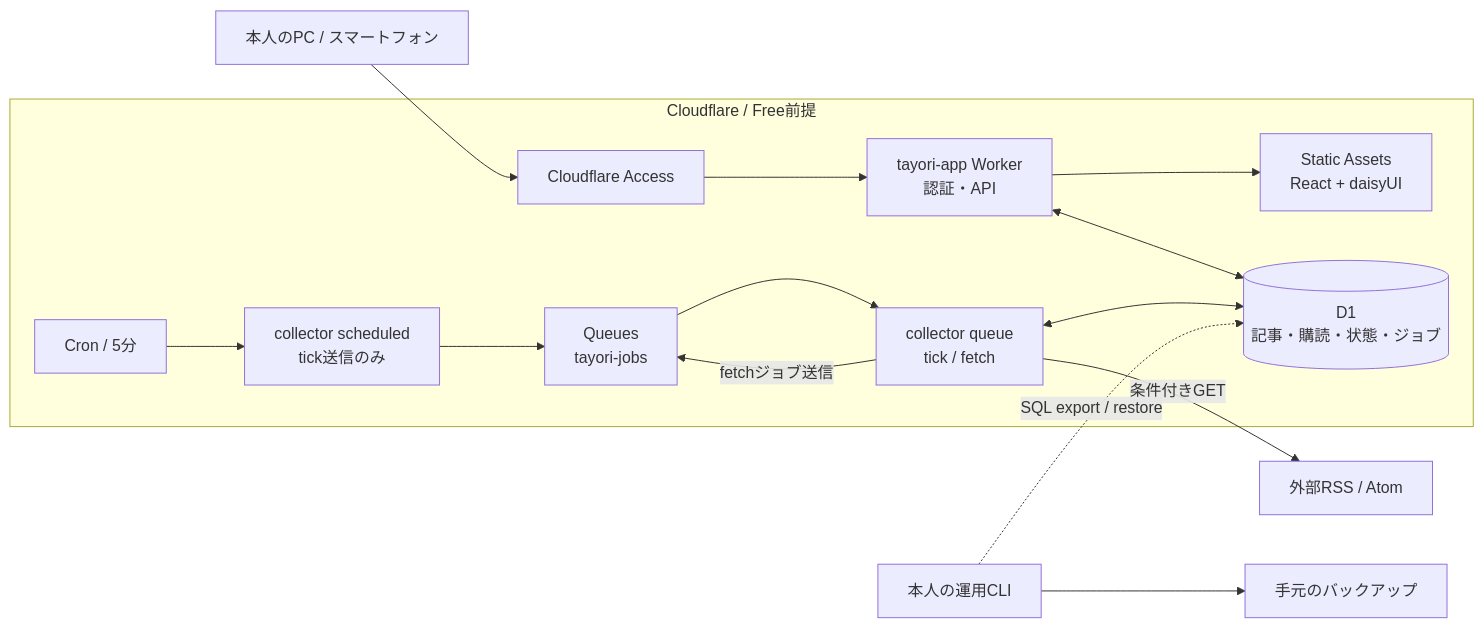
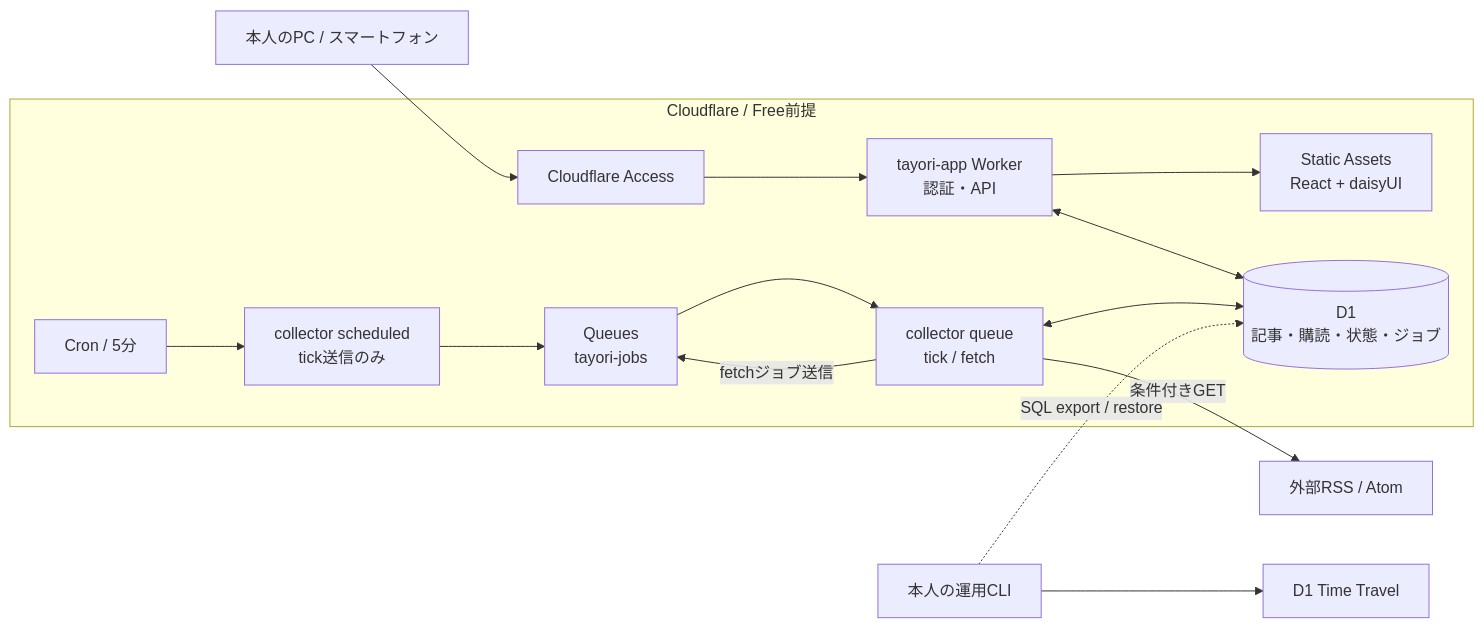
One commit to moz-sec/tayori changed the diagram in docs/diagrams/system.mmd. Above: the diagram before and after it, drawn with Mermaid. The commit also changed 10 other files, not shown here.

```diff
--- a/docs/diagrams/system.mmd
+++ b/docs/diagrams/system.mmd
@@ -1,21 +1,21 @@
 flowchart LR
     U["本人のPC / スマートフォン"] --> A["Cloudflare Access"]
     subgraph CF["Cloudflare / Free前提"]
         A --> W["tayori-app Worker
 認証・API"]
         W --> S["Static Assets
 React + daisyUI"]
         W <--> D[("D1
 記事・購読・状態・ジョブ")]
         C["Cron / 5分"] --> H["collector scheduled
 tick送信のみ"]
         H --> Q["Queues
 tayori-jobs"]
         Q --> F["collector queue
 tick / fetch"]
         F -->|"fetchジョブ送信"| Q
         F <--> D
     end
     F -->|"条件付きGET"| E["外部RSS / Atom"]
     O["本人の運用CLI"] -. "SQL export / restore" .-> D
-    O --> B["手元のバックアップ"]
+    O --> B["D1 Time Travel"]
```
